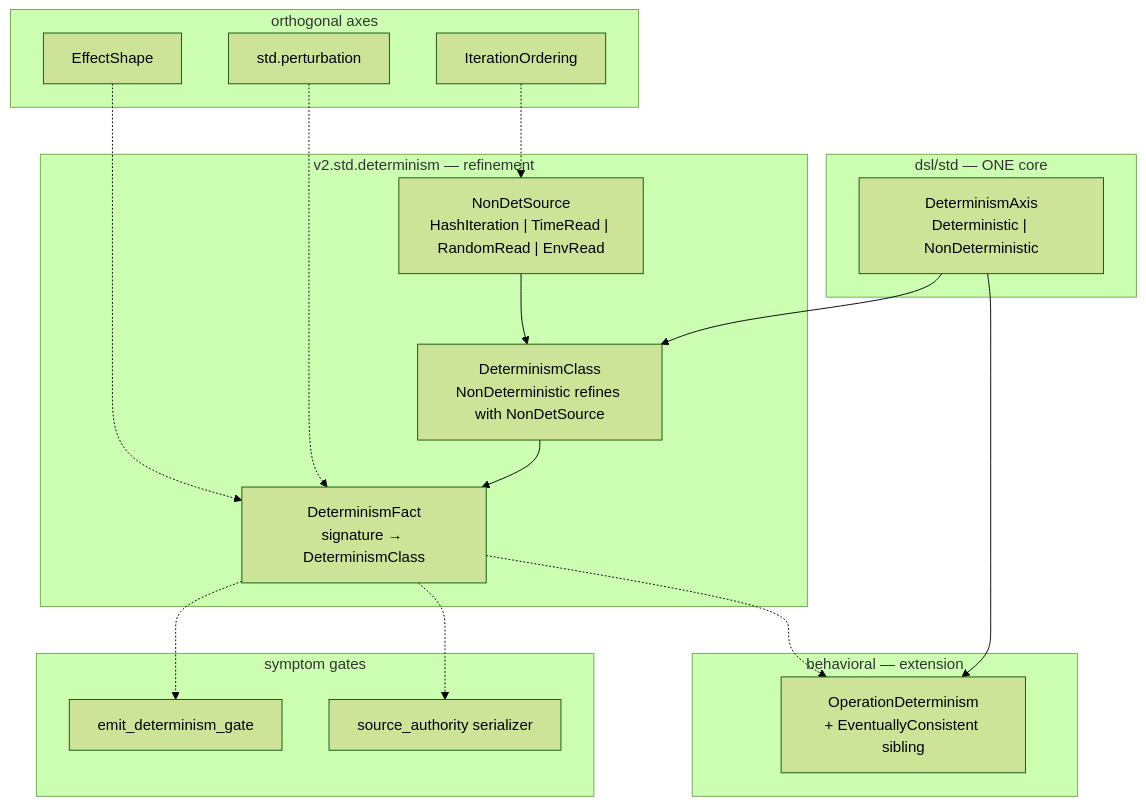
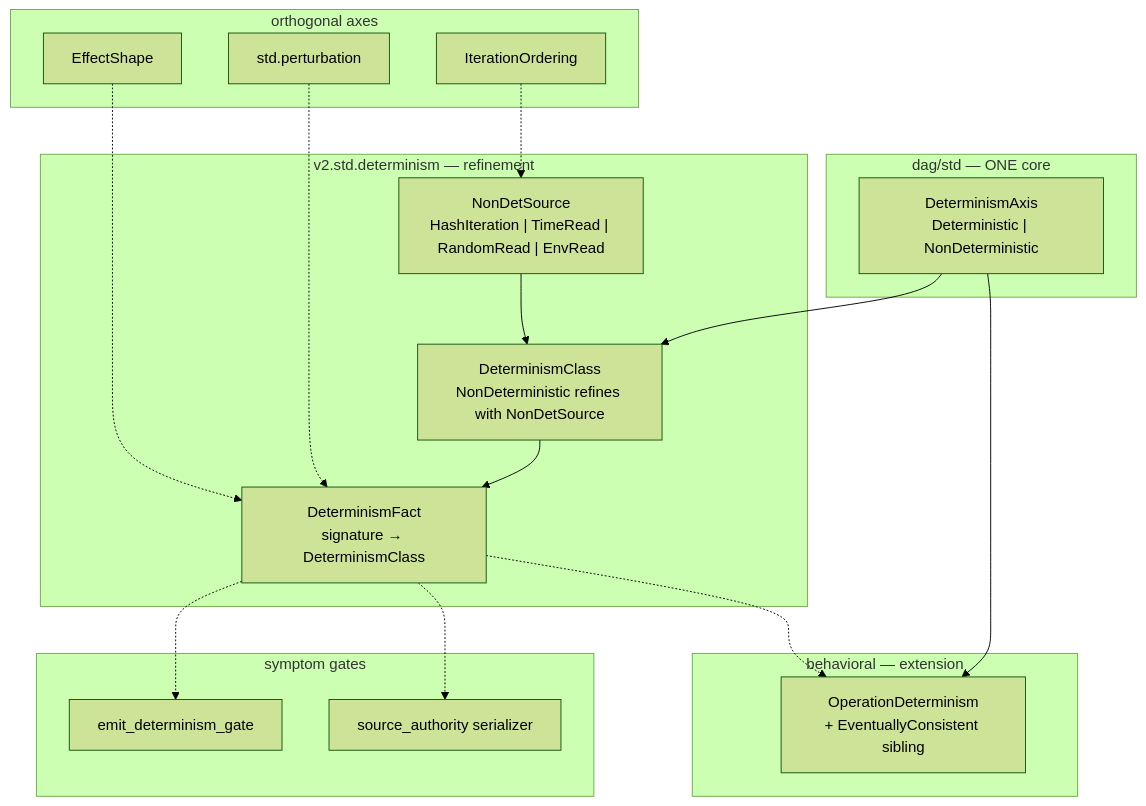
Before and after one commit to gunb-ai/gunbc: the diagram in docs/plans/determinism-mechanism-design.md, drawn with Mermaid (forest theme). The commit also changed other lines of this file and 1057 other files, not shown here.

Commit message:
WIP: rename dsl -> dag

````diff
--- a/docs/plans/determinism-mechanism-design.md
+++ b/docs/plans/determinism-mechanism-design.md
@@ -97,38 +97,38 @@
 ```mermaid
 flowchart TB
-  subgraph core ["dsl/std — ONE core"]
+  subgraph core ["dag/std — ONE core"]
     DA["DeterminismAxis\nDeterministic | NonDeterministic"]
   end
 
   subgraph compiler ["v2.std.determinism — refinement"]
     DC["DeterminismClass\nNonDeterministic refines with NonDetSource"]
     NDS["NonDetSource\nHashIteration | TimeRead | RandomRead | EnvRead"]
     DF["DeterminismFact\nsignature → DeterminismClass"]
   end
 
   subgraph service ["behavioral — extension"]
     OD["OperationDeterminism\n+ EventuallyConsistent sibling"]
   end
 
   subgraph nearby ["orthogonal axes"]
     ES["EffectShape"]
     IO["IterationOrdering"]
     P["std.perturbation"]
   end
 
   subgraph gates ["symptom gates"]
     EDG["emit_determinism_gate"]
     SAS["source_authority serializer"]
   end
 
   DA --> DC
   NDS --> DC
   DC --> DF
   DA --> OD
   IO -.-> NDS
   DF -.-> OD
   DF -.-> EDG
   DF -.-> SAS
   P -.-> DF
   ES -.-> DF
 ```
````
